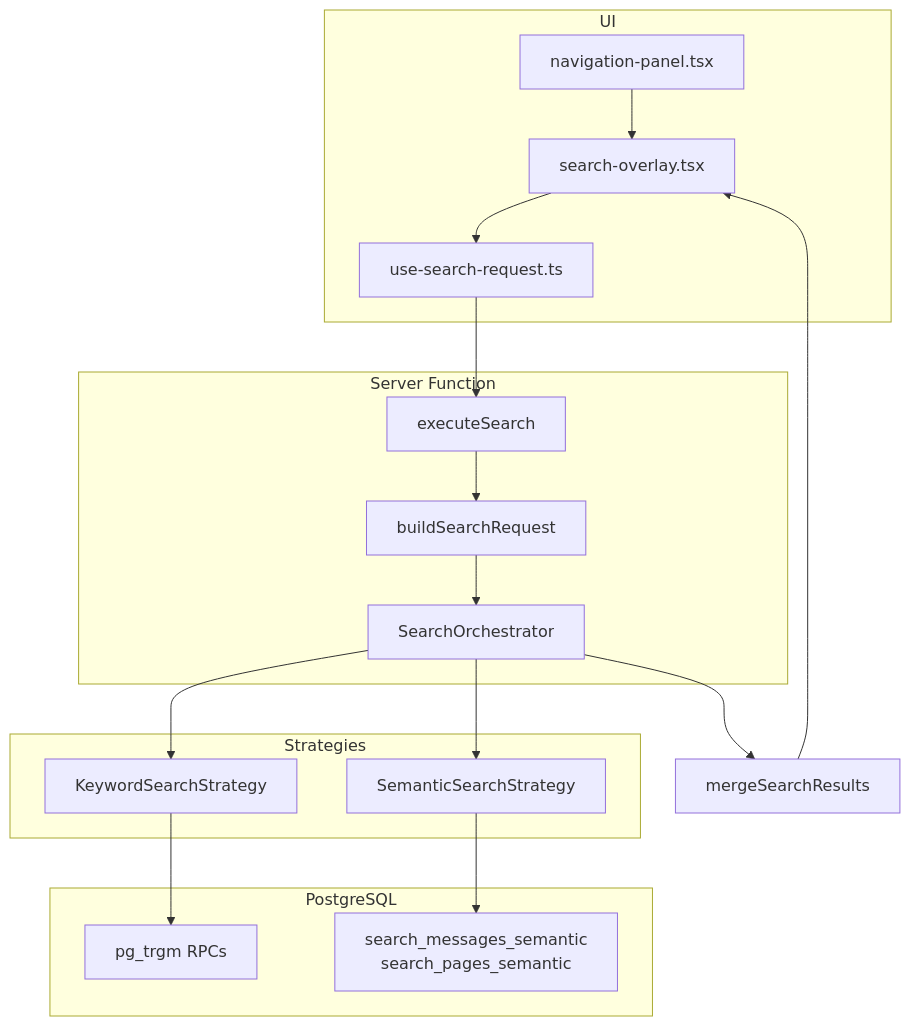
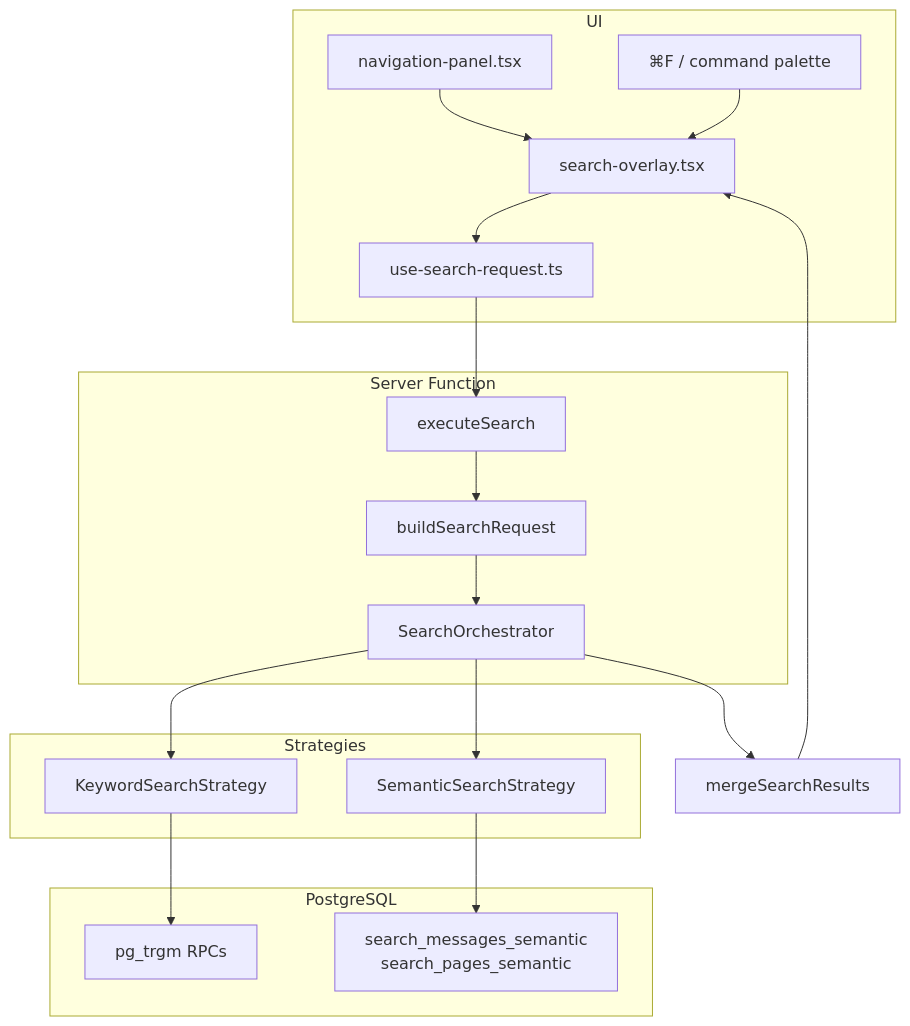
Before and after one commit to carlos-tamarind/tamarind-app: the diagram in docs/search/readme.md, drawn with Mermaid. The commit also changed 12 other files, not shown here.

````diff
--- a/docs/search/readme.md
+++ b/docs/search/readme.md
@@ -26,30 +26,33 @@
 ```mermaid
 flowchart TB
   subgraph UI
     Nav["navigation-panel.tsx"]
+    Hotkeys["⌘F / command palette"]
     Overlay["search-overlay.tsx"]
     Hook["use-search-request.ts"]
   end
 
   subgraph ServerFn["Server Function"]
     Exec["executeSearch"]
     Build["buildSearchRequest"]
     Orch["SearchOrchestrator"]
   end
 
   subgraph Strategies
     KW["KeywordSearchStrategy"]
     SEM["SemanticSearchStrategy"]
   end
 
   subgraph DB["PostgreSQL"]
     Trgm["pg_trgm RPCs"]
     Vec["search_messages_semantic\nsearch_pages_semantic"]
   end
 
-  Nav --> Overlay --> Hook --> Exec --> Build --> Orch
+  Nav --> Overlay
+  Hotkeys --> Overlay
+  Overlay --> Hook --> Exec --> Build --> Orch
   Orch --> KW --> Trgm
   Orch --> SEM --> Vec
   Orch --> Merge["mergeSearchResults"]
   Merge --> Overlay
 ```
````
